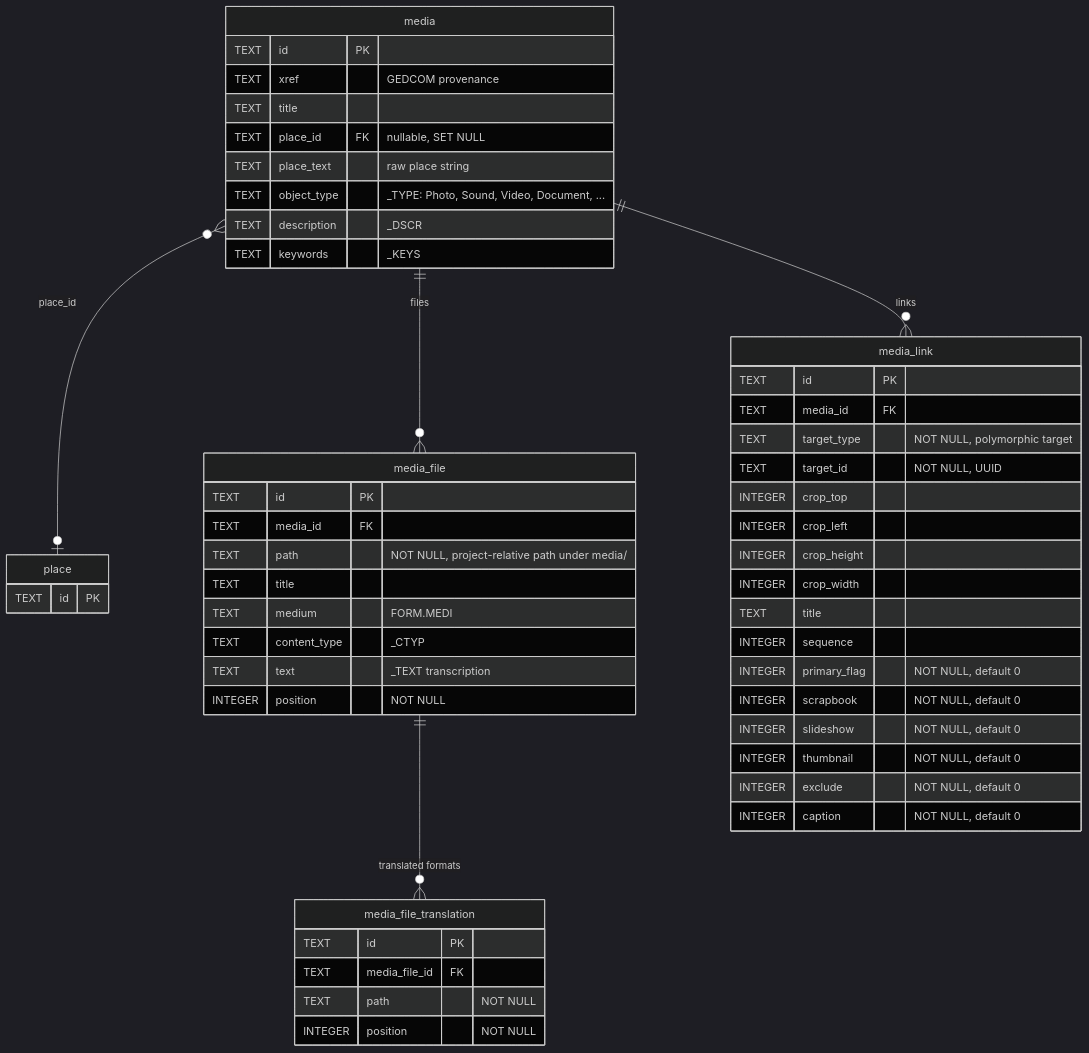
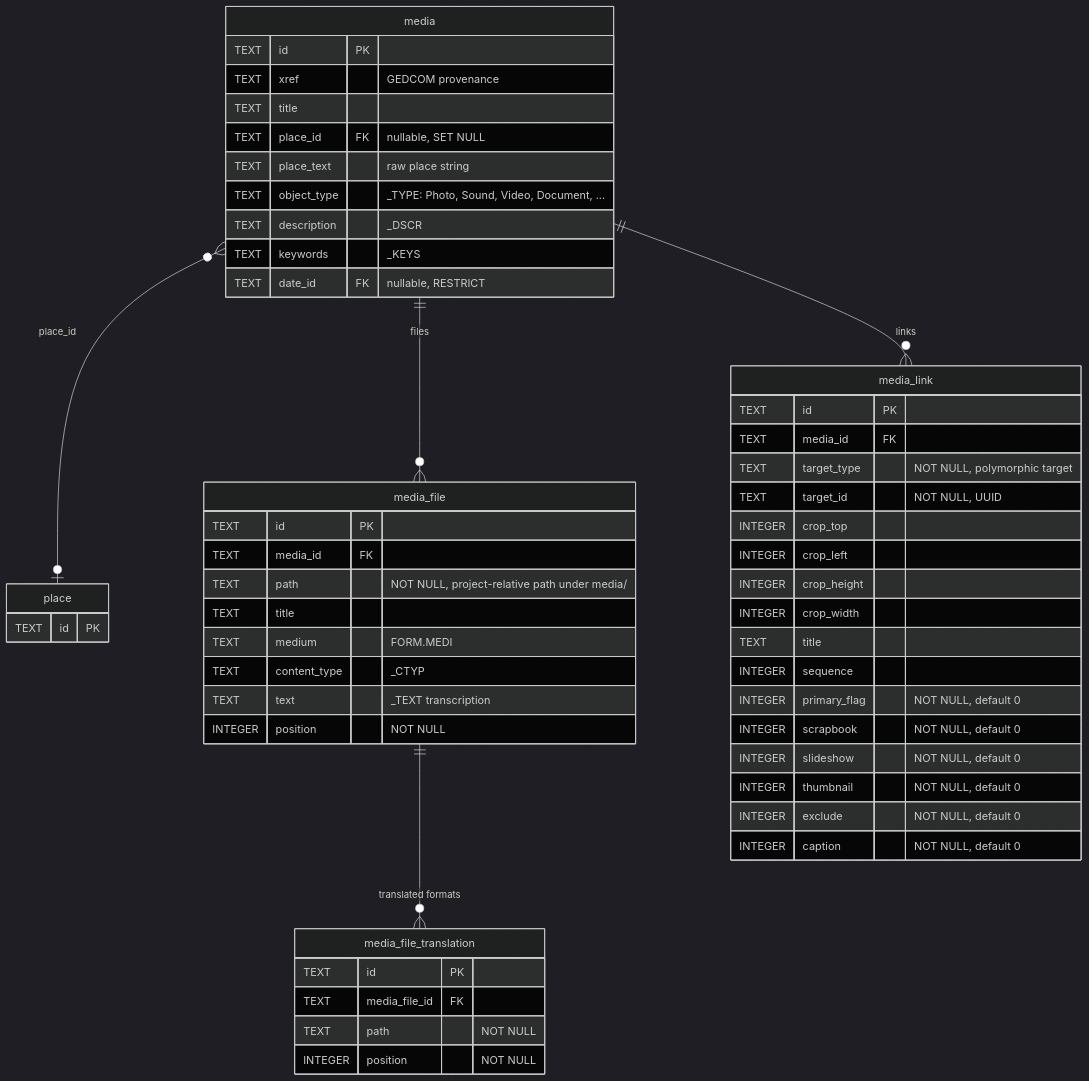
One commit to borisovodov/doru changed the ninth of 12 diagrams in docs/db-schema.md. Above: the diagram before and after it, drawn with Mermaid (dark theme). The commit also changed other lines of this file and 14 other files, not shown here.

````diff
--- a/docs/db-schema.md
+++ b/docs/db-schema.md
@@ -643,59 +673,60 @@
 ```mermaid
 erDiagram
     media }o--o| place : "place_id"
     media ||--o{ media_file : "files"
     media_file ||--o{ media_file_translation : "translated formats"
     media ||--o{ media_link : "links"
 
     media {
         TEXT id PK
         TEXT xref "GEDCOM provenance"
         TEXT title
         TEXT place_id FK "nullable, SET NULL"
         TEXT place_text "raw place string"
         TEXT object_type "_TYPE: Photo, Sound, Video, Document, ..."
         TEXT description "_DSCR"
         TEXT keywords "_KEYS"
+        TEXT date_id FK "nullable, RESTRICT"
     }
 
     media_file {
         TEXT id PK
         TEXT media_id FK
         TEXT path "NOT NULL, project-relative path under media/"
         TEXT title
         TEXT medium "FORM.MEDI"
         TEXT content_type "_CTYP"
         TEXT text "_TEXT transcription"
         INTEGER position "NOT NULL"
     }
 
     media_file_translation {
         TEXT id PK
         TEXT media_file_id FK
         TEXT path "NOT NULL"
         INTEGER position "NOT NULL"
     }
 
     media_link {
         TEXT id PK
         TEXT media_id FK
         TEXT target_type "NOT NULL, polymorphic target"
         TEXT target_id "NOT NULL, UUID"
         INTEGER crop_top
         INTEGER crop_left
         INTEGER crop_height
         INTEGER crop_width
         TEXT title
         INTEGER sequence
         INTEGER primary_flag "NOT NULL, default 0"
         INTEGER scrapbook "NOT NULL, default 0"
         INTEGER slideshow "NOT NULL, default 0"
         INTEGER thumbnail "NOT NULL, default 0"
         INTEGER exclude "NOT NULL, default 0"
         INTEGER caption "NOT NULL, default 0"
     }
 
     place {
         TEXT id PK
     }
 ```
````
